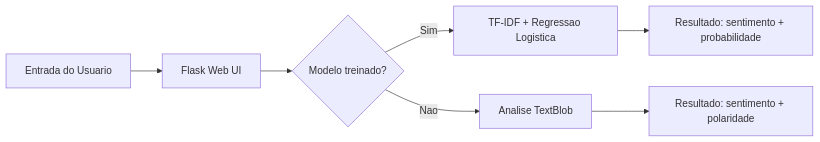
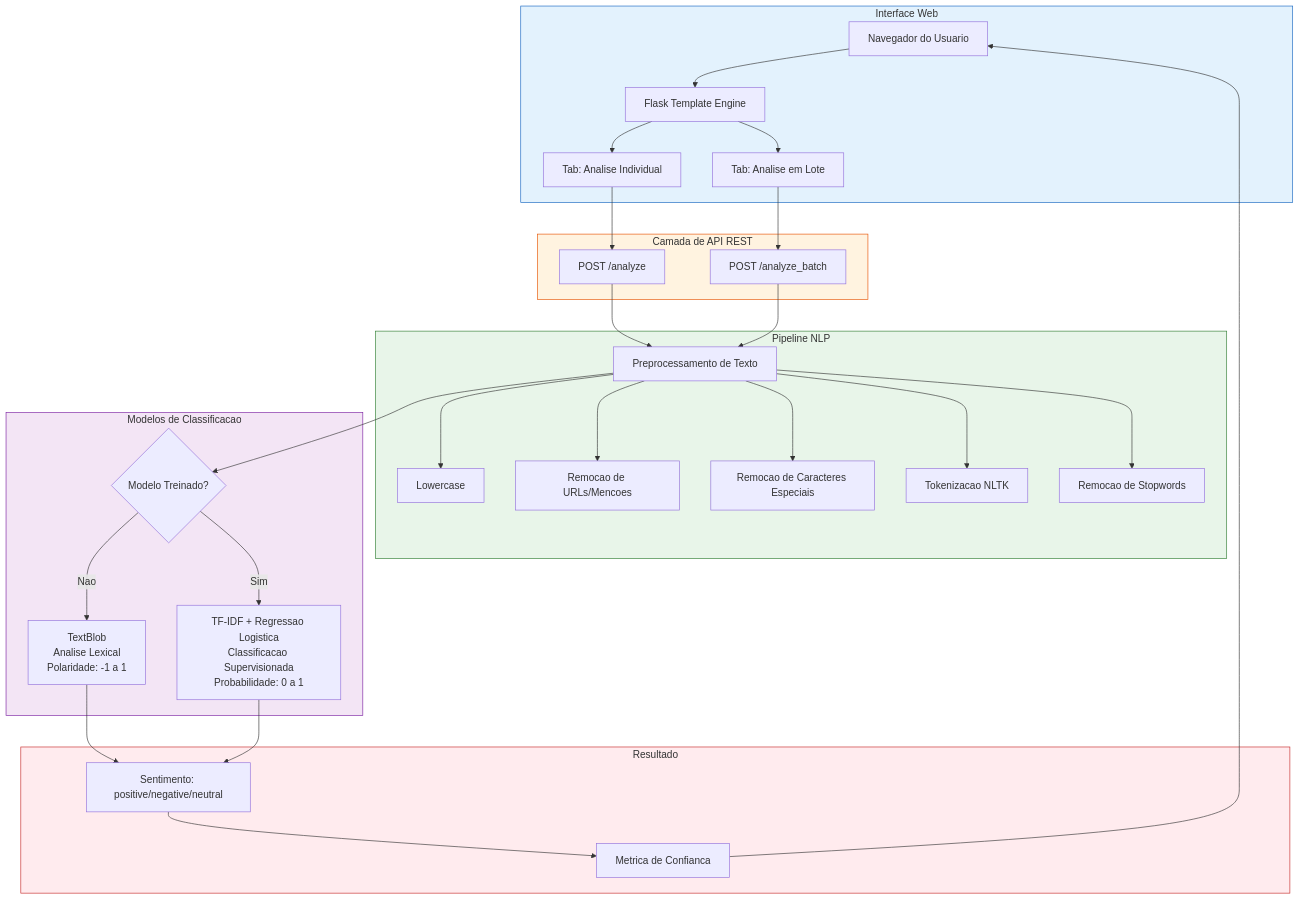
One commit to galafis/NLP-Sentiment-Analyzer changed the first of 4 diagrams in README.md. Above: the diagram before and after it, drawn with Mermaid. The commit also changed other lines of this file and 1 other file, not shown here.

````diff
--- a/README.md
+++ b/README.md
@@ -28,9 +66,50 @@
 ```mermaid
-graph LR
-    A[Entrada do Usuario] --> B[Flask Web UI]
-    B --> C{Modelo treinado?}
-    C -->|Sim| D[TF-IDF + Regressao Logistica]
-    C -->|Nao| E[Analise TextBlob]
-    D --> F[Resultado: sentimento + probabilidade]
-    E --> G[Resultado: sentimento + polaridade]
+graph TD
+    subgraph Frontend["Interface Web"]
+        style Frontend fill:#E3F2FD,stroke:#1565C0
+        A[Navegador do Usuario] --> B[Flask Template Engine]
+        B --> C[Tab: Analise Individual]
+        B --> D[Tab: Analise em Lote]
+    end
+
+    subgraph API["Camada de API REST"]
+        style API fill:#FFF3E0,stroke:#E65100
+        E["POST /analyze"]
+        F["POST /analyze_batch"]
+    end
+
+    subgraph NLP["Pipeline NLP"]
+        style NLP fill:#E8F5E9,stroke:#2E7D32
+        G[Preprocessamento de Texto]
+        G --> G1[Lowercase]
+        G --> G2[Remocao de URLs/Mencoes]
+        G --> G3[Remocao de Caracteres Especiais]
+        G --> G4[Tokenizacao NLTK]
+        G --> G5[Remocao de Stopwords]
+    end
+
+    subgraph Models["Modelos de Classificacao"]
+        style Models fill:#F3E5F5,stroke:#7B1FA2
+        H{Modelo Treinado?}
+        I["TextBlob<br/>Analise Lexical<br/>Polaridade: -1 a 1"]
+        J["TF-IDF + Regressao Logistica<br/>Classificacao Supervisionada<br/>Probabilidade: 0 a 1"]
+    end
+
+    subgraph Output["Resultado"]
+        style Output fill:#FFEBEE,stroke:#C62828
+        K[Sentimento: positive/negative/neutral]
+        L[Metrica de Confianca]
+    end
+
+    C --> E
+    D --> F
+    E --> G
+    F --> G
+    G --> H
+    H -->|Nao| I
+    H -->|Sim| J
+    I --> K
+    J --> K
+    K --> L
+    L --> A
 ```
````
